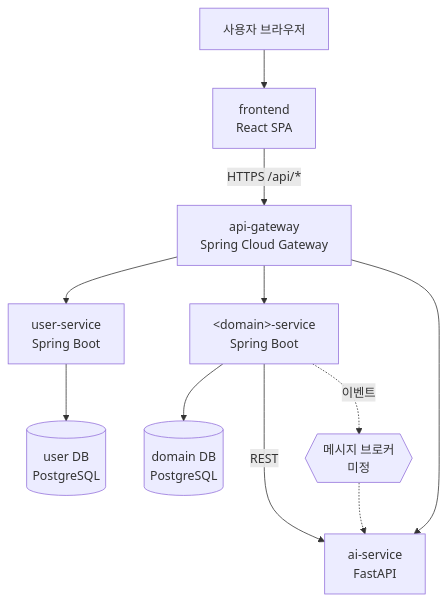
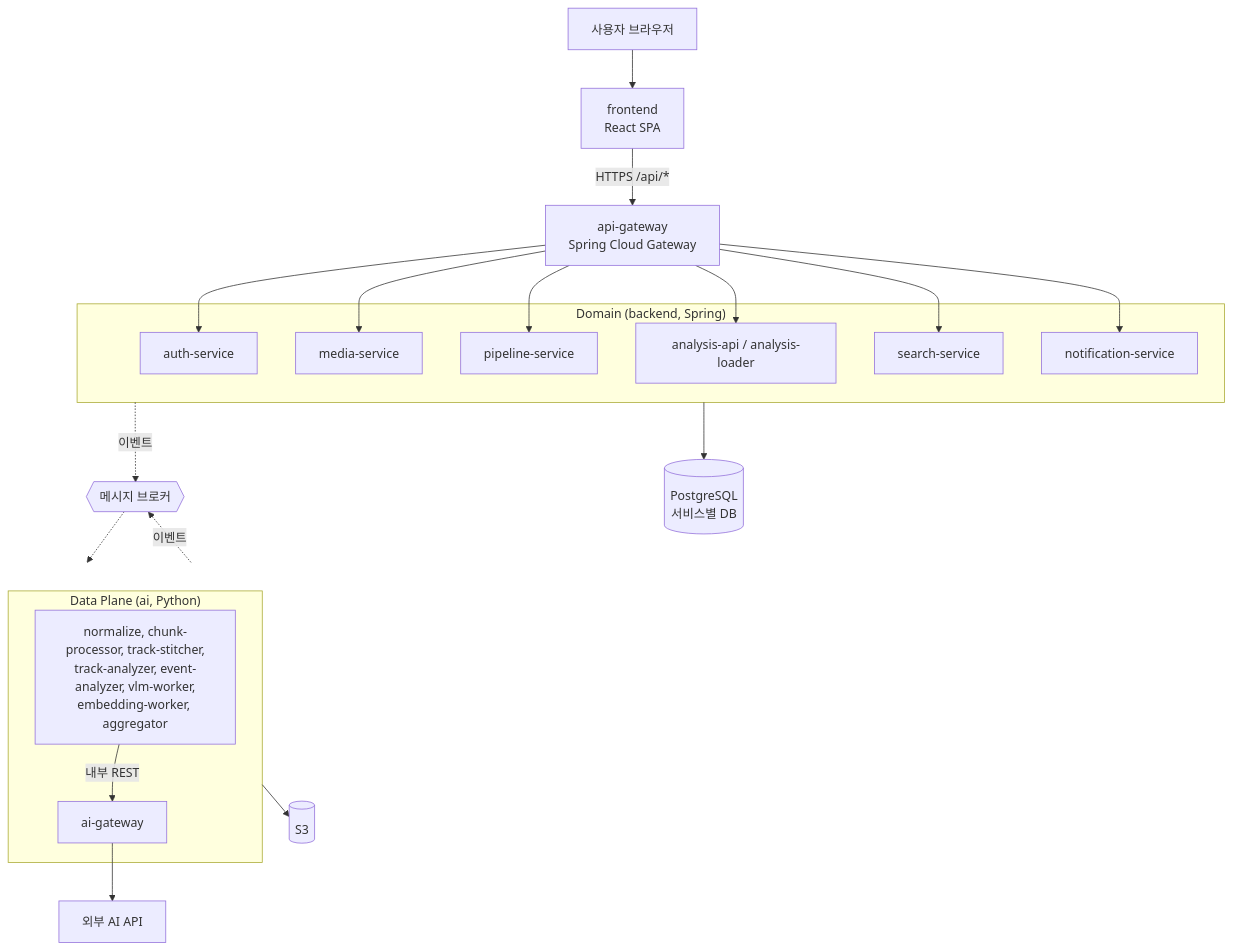
The first of 3 diagrams in docs/architecture/overview.md (p5-3-final/docs), drawn with Mermaid before and after one commit. The commit also changed other lines of this file and 14 other files, not shown here.

````diff
--- a/docs/architecture/overview.md
+++ b/docs/architecture/overview.md
@@ -11,13 +11,25 @@
 ```mermaid
 flowchart TB
   U[사용자 브라우저] --> FE[frontend<br/>React SPA]
   FE -->|HTTPS /api/*| GW[api-gateway<br/>Spring Cloud Gateway]
-  GW --> US[user-service<br/>Spring Boot]
-  GW --> DS["&lt;domain&gt;-service<br/>Spring Boot"]
-  GW --> AI[ai-service<br/>FastAPI]
-  US --> USDB[(user DB<br/>PostgreSQL)]
-  DS --> DSDB[(domain DB<br/>PostgreSQL)]
-  DS -->|REST| AI
-  DS -.이벤트.-> MB{{메시지 브로커<br/>미정}}
-  MB -.-> AI
+  subgraph Domain["Domain (backend, Spring)"]
+    AU[auth-service]
+    ME[media-service]
+    PL[pipeline-service]
+    AN[analysis-api / analysis-loader]
+    SE[search-service]
+    NO[notification-service]
+  end
+  GW --> AU & ME & PL & AN & SE & NO
+  Domain -.이벤트.-> MB{{메시지 브로커}}
+  MB -.-> DP
+  DP -.이벤트.-> MB
+  subgraph DP["Data Plane (ai, Python)"]
+    WK[normalize, chunk-processor, track-stitcher,<br/>track-analyzer, event-analyzer, vlm-worker,<br/>embedding-worker, aggregator]
+    AG[ai-gateway]
+    WK -->|내부 REST| AG
+  end
+  AG --> EXT[외부 AI API]
+  Domain --> DB[(PostgreSQL<br/>서비스별 DB)]
+  DP --> S3[(S3)]
 ```
````
